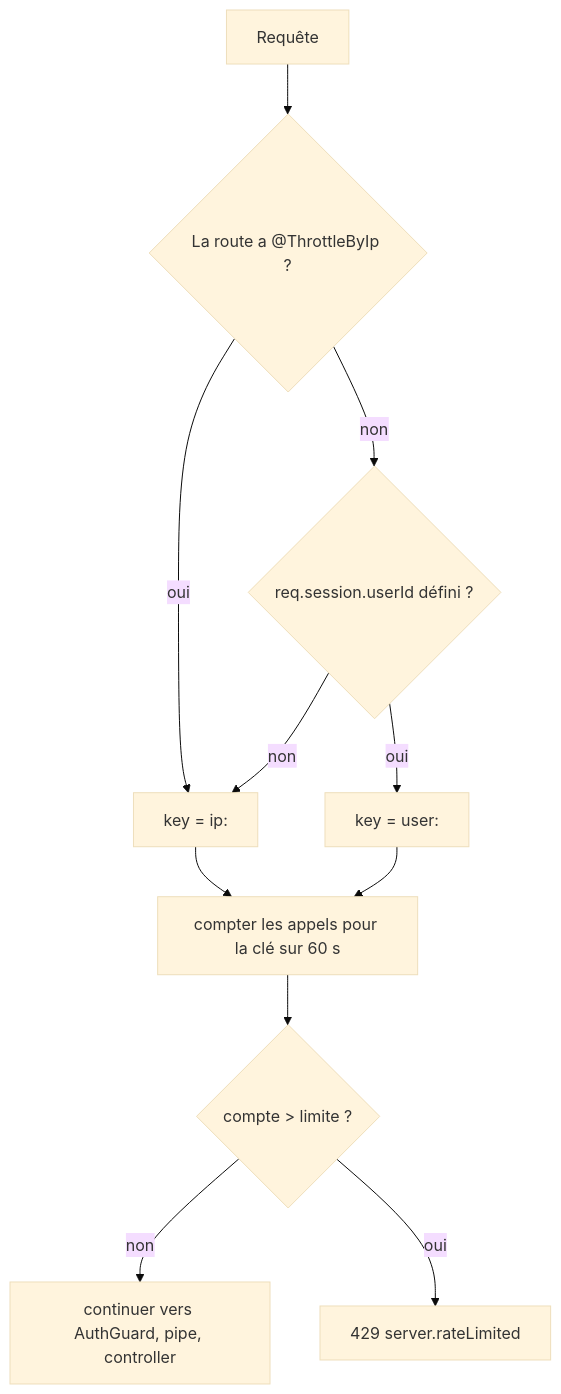
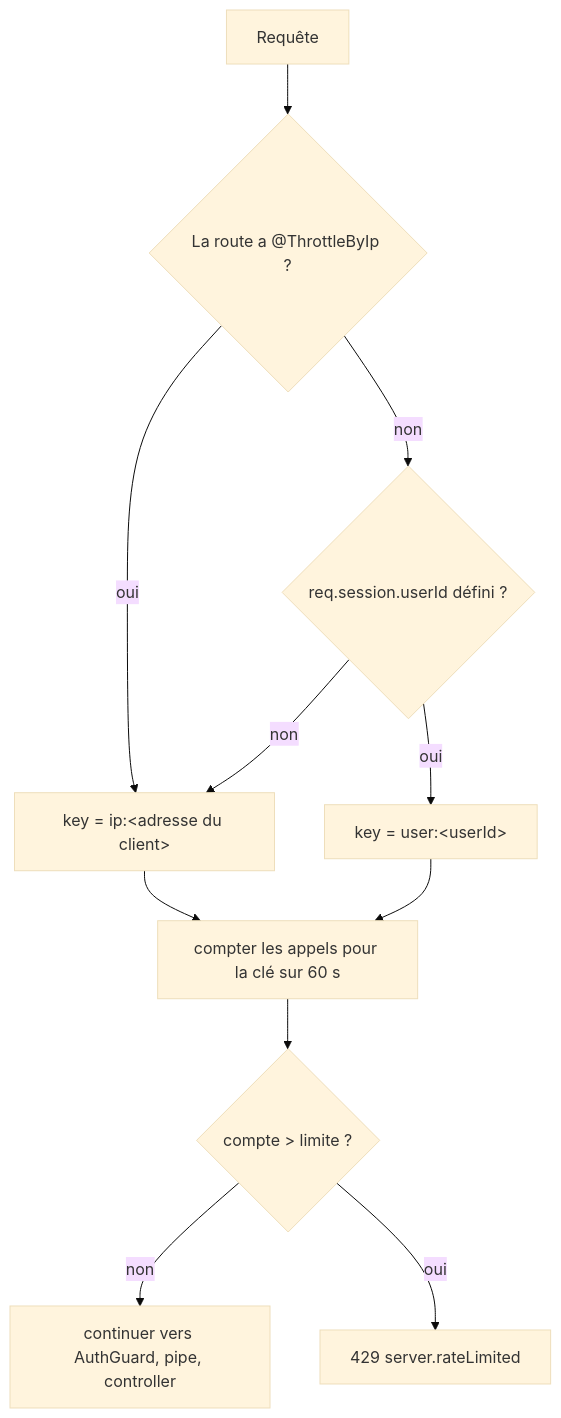
One commit to VictorBro/ft_transcendence changed the third of 7 diagrams in docs-fr/api/03-infrastructure.md. Above: the diagram before and after it, drawn with Mermaid (base theme). The commit also changed other lines of this file and 223 other files, not shown here.

````diff
--- a/docs-fr/api/03-infrastructure.md
+++ b/docs-fr/api/03-infrastructure.md
@@ -233,13 +292,13 @@
 ```mermaid
 flowchart TD
     R["Requête"] --> BYIP{"La route a @ThrottleByIp ?"}
-    BYIP -- oui --> IP["key = ip:<adresse du client>"]
+    BYIP -- oui --> IP["key = ip:#lt;adresse du client#gt;"]
     BYIP -- non --> SES{"req.session.userId défini ?"}
-    SES -- oui --> U["key = user:<userId>"]
+    SES -- oui --> U["key = user:#lt;userId#gt;"]
     SES -- non --> IP
     IP --> CNT["compter les appels pour la clé sur 60 s"]
     U --> CNT
     CNT --> OK{"compte > limite ?"}
     OK -- non --> NEXT["continuer vers AuthGuard, pipe, controller"]
     OK -- oui --> E429["429 server.rateLimited"]
 ```
````
